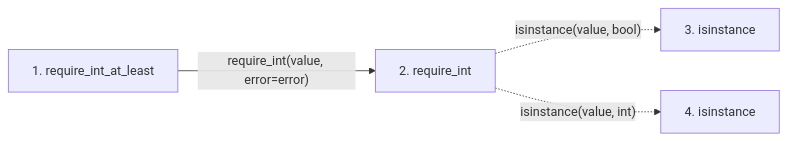
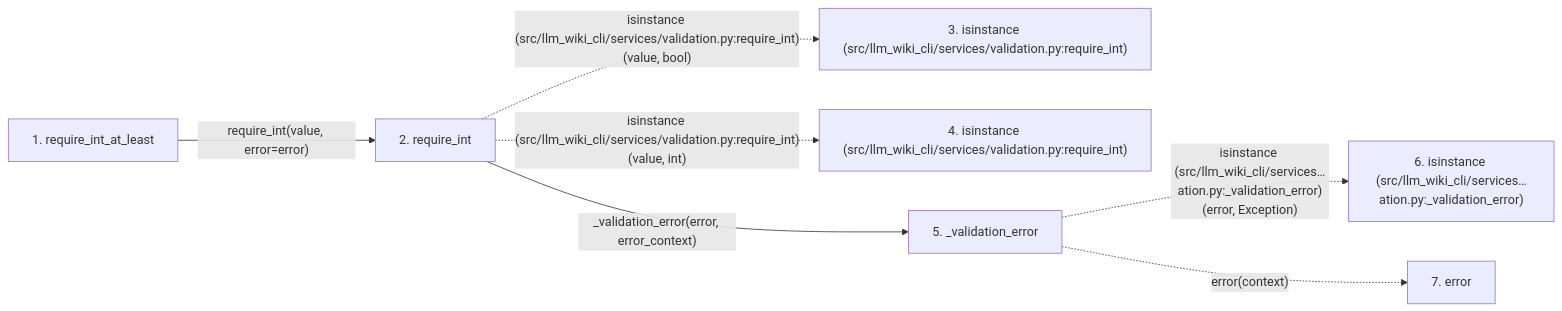
The second of 2 diagrams in docs/llm_wiki/flows/api-require_int_at_least.md (Denissvgn/python-wiki-llm), drawn with Mermaid before and after one commit. The commit also changed other lines of this file and 627 other files, not shown here.

````diff
--- a/docs/llm_wiki/flows/api-require_int_at_least.md
+++ b/docs/llm_wiki/flows/api-require_int_at_least.md
@@ -39,12 +45,19 @@
 ```mermaid
 flowchart LR
     s1["1. require_int_at_least"]
     s2["2. require_int"]
-    s3["3. isinstance"]
-    s4["4. isinstance"]
+    s3["3. isinstance (src/llm_wiki_cli/services/validation.py:require_int)"]
+    s4["4. isinstance (src/llm_wiki_cli/services/validation.py:require_int)"]
+    s5["5. _validation_error"]
+    s6["6. isinstance (src/llm_wiki_cli/services…ation.py:_validation_error)"]
+    s7["7. error"]
     s1 -->|"require_int(value, error=error)"| s2
-    s2 -. "isinstance(value, bool)" .-> s3
-    s2 -. "isinstance(value, int)" .-> s4
+    s2 -. "isinstance (src/llm_wiki_cli/services/validation.py:require_int)(value, bool)" .-> s3
+    s2 -. "isinstance (src/llm_wiki_cli/services/validation.py:require_int)(value, int)" .-> s4
+    s2 -->|"_validation_error(error, error_context)"| s5
+    s5 -. "isinstance (src/llm_wiki_cli/services…ation.py:_validation_error)(error, Exception)" .-> s6
+    s5 -. "error(context)" .-> s7
     click s1 "../modules/validation.md"
     click s2 "../modules/validation.md"
+    click s5 "../modules/validation.md"
 ```
````
